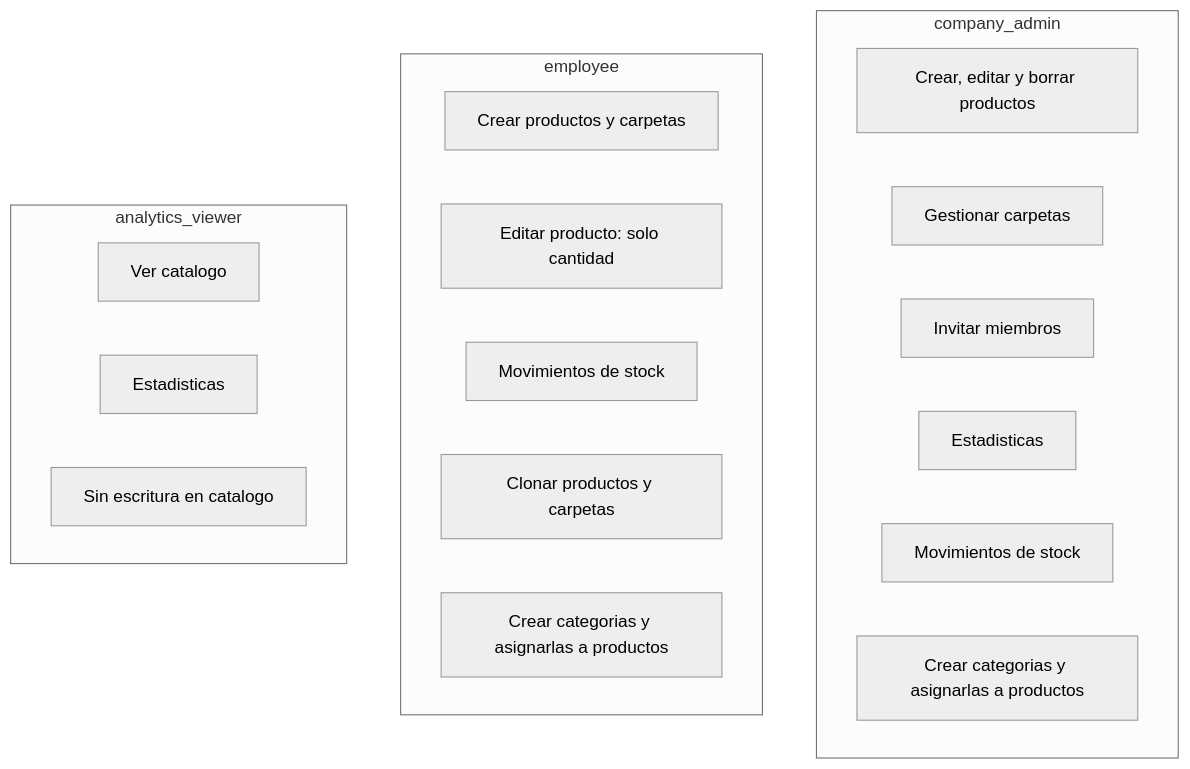
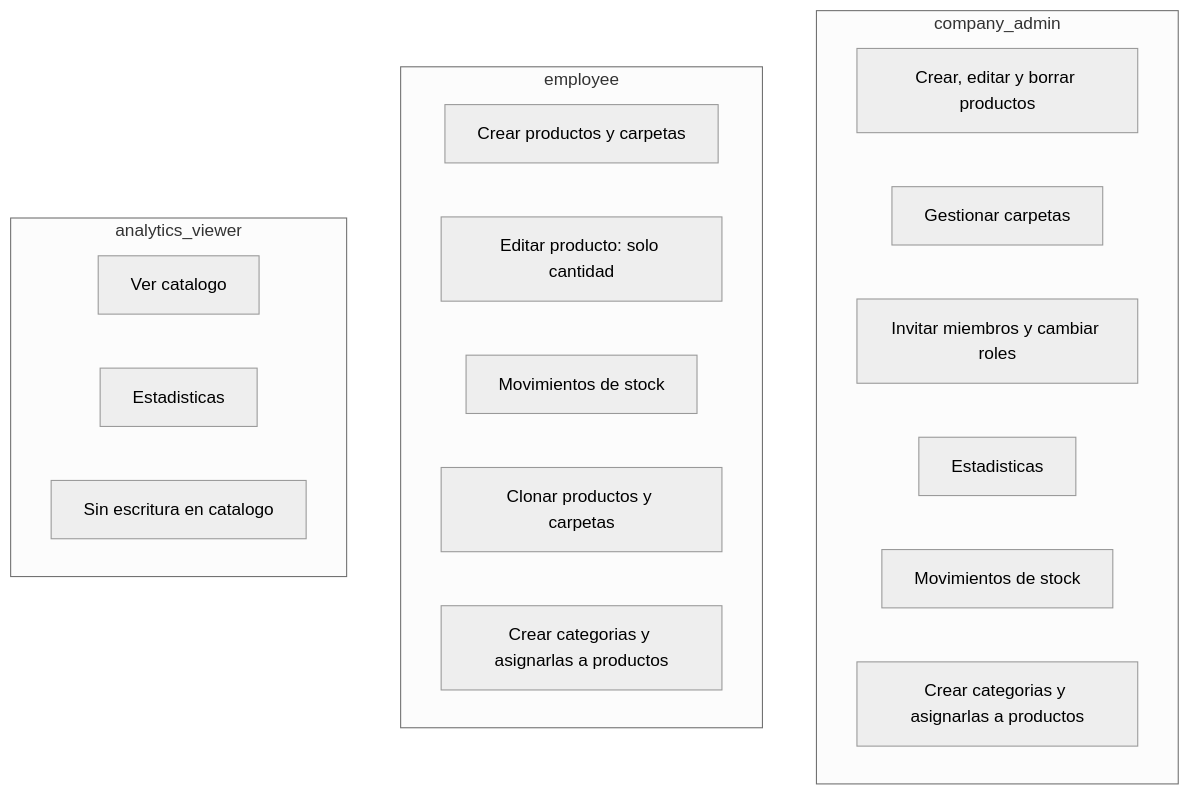
Before and after one commit to Cheng17415/StoRy: the second of 9 diagrams in documentacion/StoRy-guia-tecnica.md, drawn with Mermaid (neutral theme). The commit also changed other lines of this file and 1 other file, not shown here.

````diff
--- a/documentacion/StoRy-guia-tecnica.md
+++ b/documentacion/StoRy-guia-tecnica.md
@@ -180,25 +186,25 @@
 ```mermaid
 flowchart TB
     subgraph admin["company_admin"]
         A1["Crear, editar y borrar productos"]
         A2["Gestionar carpetas"]
-        A3["Invitar miembros"]
+        A3["Invitar miembros y cambiar roles"]
         A4["Estadisticas"]
         A5["Movimientos de stock"]
         A6["Crear categorias y asignarlas a productos"]
     end
 
     subgraph emp["employee"]
         E1["Crear productos y carpetas"]
         E2["Editar producto: solo cantidad"]
         E3["Movimientos de stock"]
         E4["Clonar productos y carpetas"]
         E5["Crear categorias y asignarlas a productos"]
     end
 
     subgraph ana["analytics_viewer"]
         V1["Ver catalogo"]
         V2["Estadisticas"]
         V3["Sin escritura en catalogo"]
     end
 ```
````
